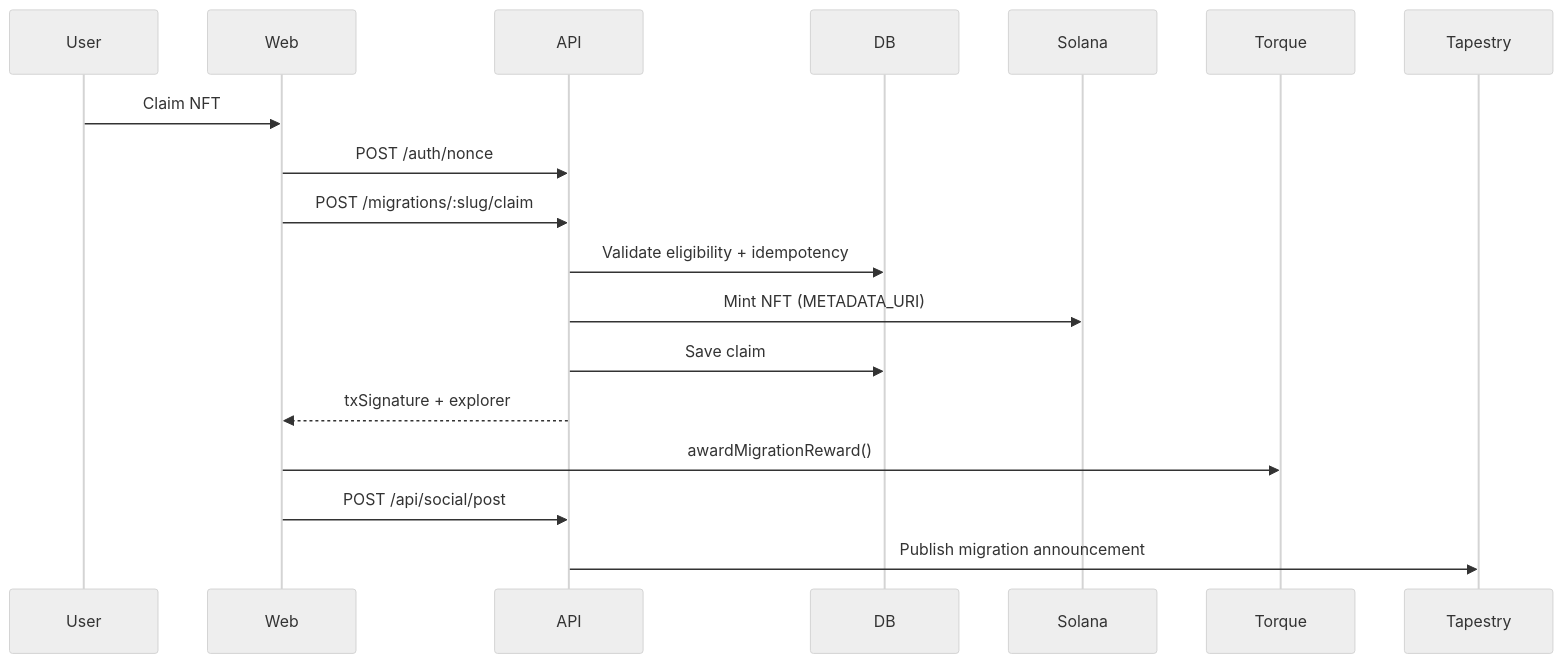
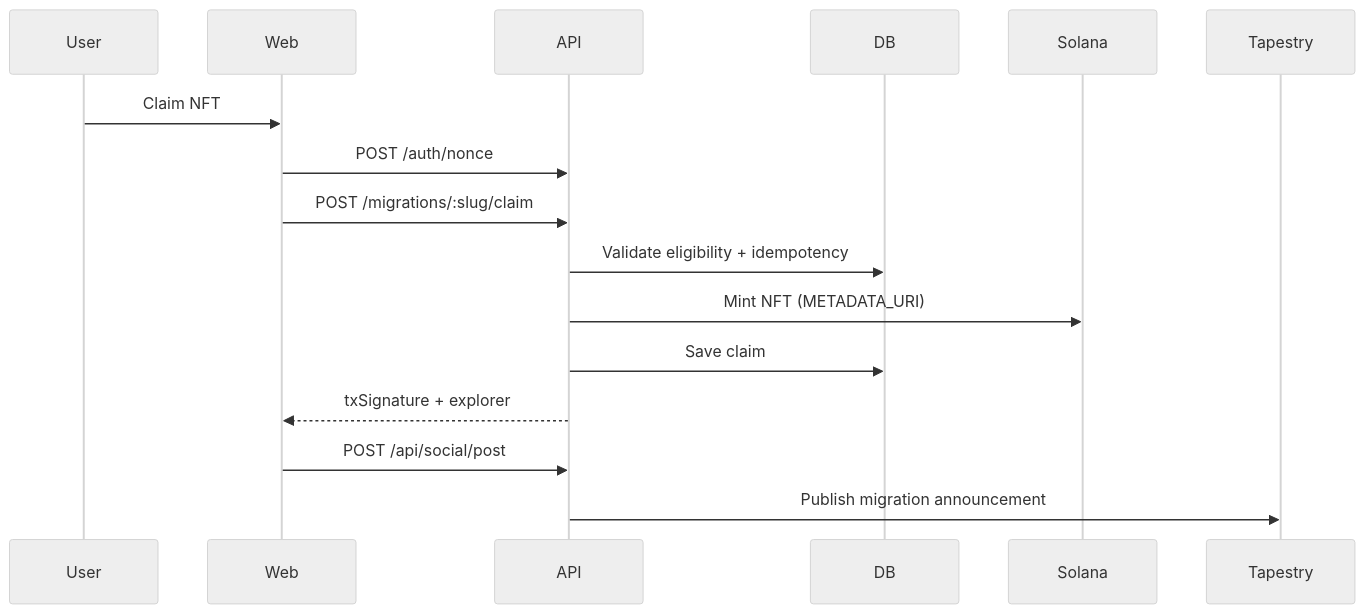
The second of 2 diagrams in README.md (femmudas/revivepass), drawn with Mermaid (neutral theme) before and after one commit. The commit also changed other lines of this file and 12 other files, not shown here.

````diff
--- a/README.md
+++ b/README.md
@@ -47,21 +44,19 @@
 ```mermaid
 sequenceDiagram
   participant User
   participant Web
   participant API
   participant DB
   participant Solana
-  participant Torque
   participant Tapestry
 
   User->>Web: Claim NFT
   Web->>API: POST /auth/nonce
   Web->>API: POST /migrations/:slug/claim
   API->>DB: Validate eligibility + idempotency
   API->>Solana: Mint NFT (METADATA_URI)
   API->>DB: Save claim
   API-->>Web: txSignature + explorer
-  Web->>Torque: awardMigrationReward()
   Web->>API: POST /api/social/post
   API->>Tapestry: Publish migration announcement
 ```
````
